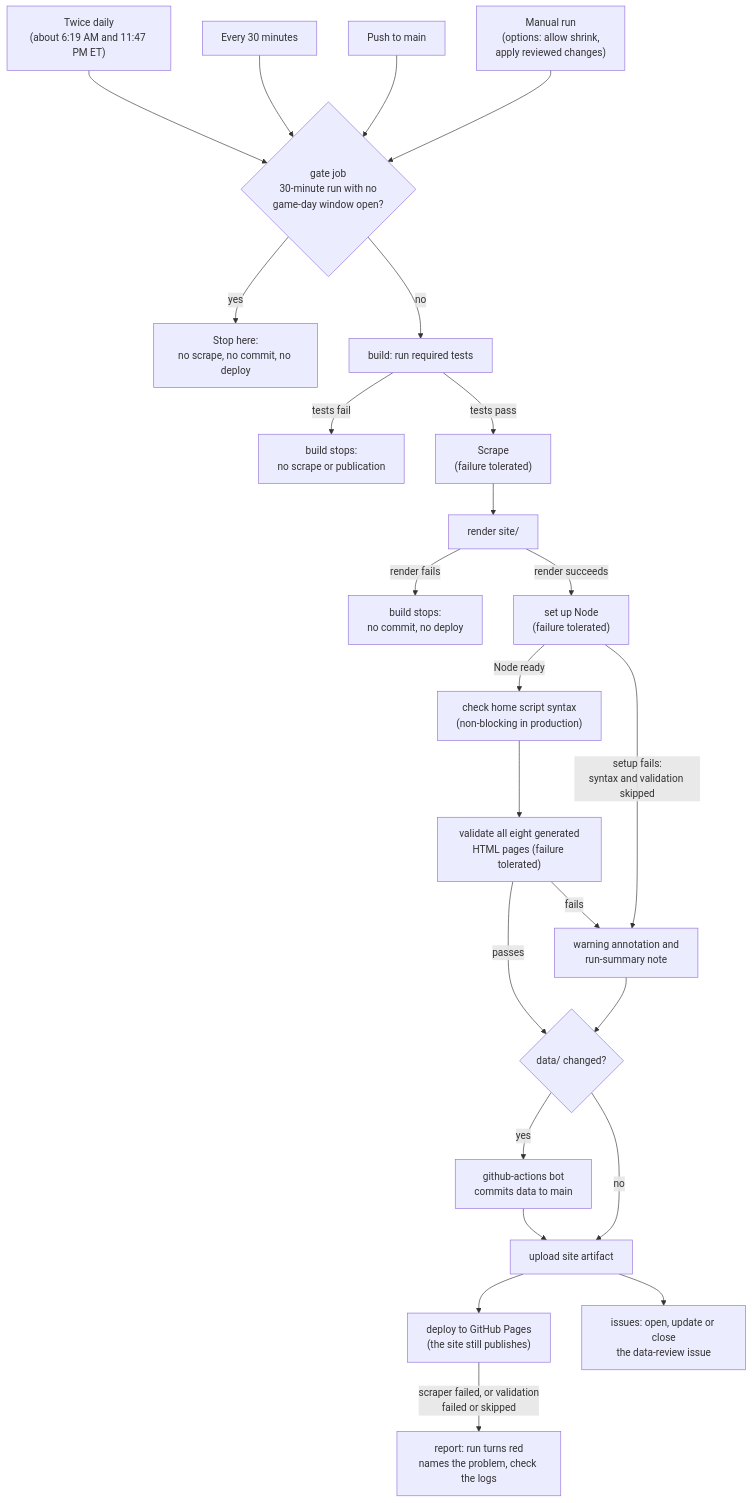
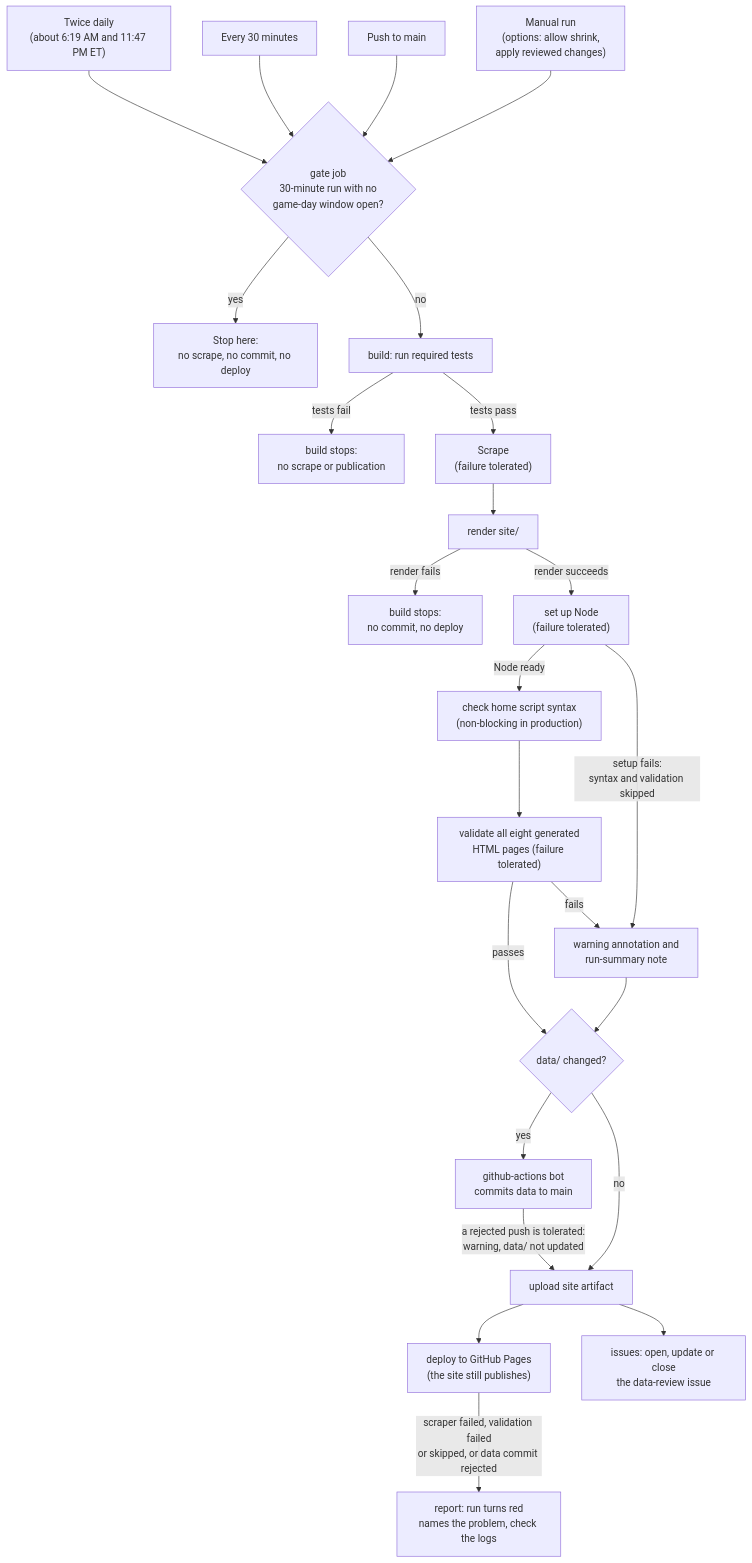
Before and after one commit to jacksonmote/DePauw-vs-Wabash-web: the second of 3 diagrams in README.md, drawn with Mermaid. The commit also changed other lines of this file and 2 other files, not shown here.

Commit message:
Keep deploying when the bot's data commit is rejected
The "Protect main" ruleset has no bypass for the Actions bot, so the data
push to main may be refused. That used to fail the build job and skip the
deploy, which would keep a game result off the site. The commit step is now
allowed to fail: the site still publishes from the data the run just scraped,
the Summarize step adds a warning annotation and a run-summary note, and the
report job turns the run red and names the problem afterward.

Triggers, job names, permissions and step order are unchanged. The rendered
site and the data files are byte-identical to before.

````diff
--- a/README.md
+++ b/README.md
@@ -182,27 +182,27 @@
 ```mermaid
 flowchart TD
   T1["Twice daily<br/>(about 6:19 AM and 11:47 PM ET)"] --> G
   T2["Every 30 minutes"] --> G
   T3["Push to main"] --> G
   T4["Manual run<br/>(options: allow shrink,<br/>apply reviewed changes)"] --> G
   G{"gate job<br/>30-minute run with no<br/>game-day window open?"}
   G -- "yes" --> X["Stop here:<br/>no scrape, no commit, no deploy"]
   G -- "no" --> B["build: run required tests"]
   B -- "tests fail" --> TF["build stops:<br/>no scrape or publication"]
   B -- "tests pass" --> S["Scrape<br/>(failure tolerated)"]
   S --> R["render site/"]
   R -- "render fails" --> RF["build stops:<br/>no commit, no deploy"]
   R -- "render succeeds" --> N["set up Node<br/>(failure tolerated)"]
   N -- "Node ready" --> JS["check home script syntax<br/>(non-blocking in production)"]
   JS --> V["validate all eight generated<br/>HTML pages (failure tolerated)"]
   N -- "setup fails:<br/>syntax and validation skipped" --> W
   V -- "passes" --> C
   V -- "fails" --> W["warning annotation and<br/>run-summary note"]
   W --> C{"data/ changed?"}
   C -- "yes" --> CM["github-actions bot<br/>commits data to main"]
   C -- "no" --> U
-  CM --> U["upload site artifact"]
+  CM -- "a rejected push is tolerated:<br/>warning, data/ not updated" --> U["upload site artifact"]
   U --> D["deploy to GitHub Pages<br/>(the site still publishes)"]
   U --> IS["issues: open, update or close<br/>the data-review issue"]
-  D -- "scraper failed, or validation<br/>failed or skipped" --> RP["report: run turns red<br/>names the problem, check the logs"]
+  D -- "scraper failed, validation failed<br/>or skipped, or data commit rejected" --> RP["report: run turns red<br/>names the problem, check the logs"]
 ```
````
